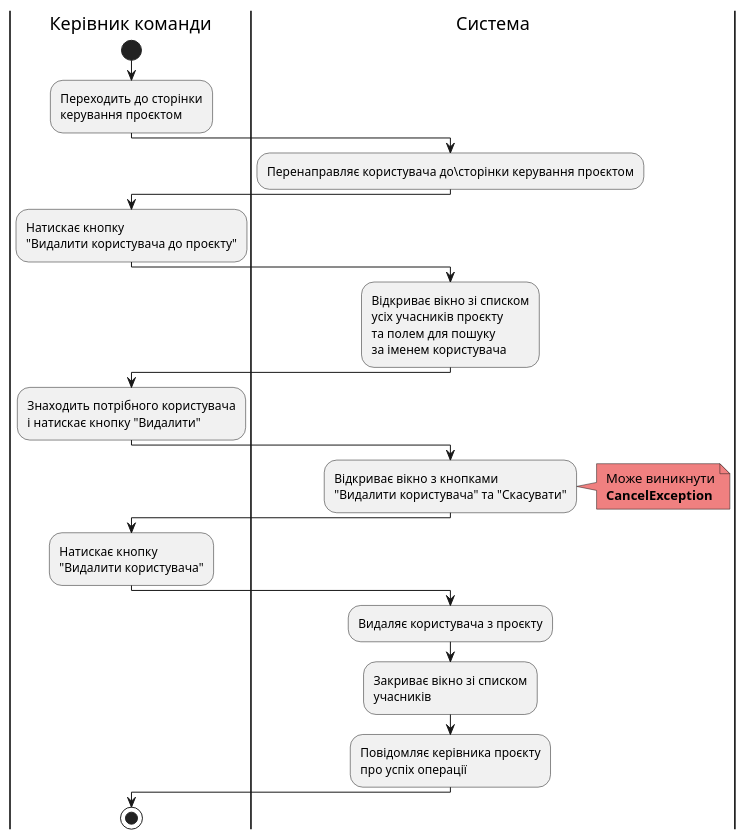
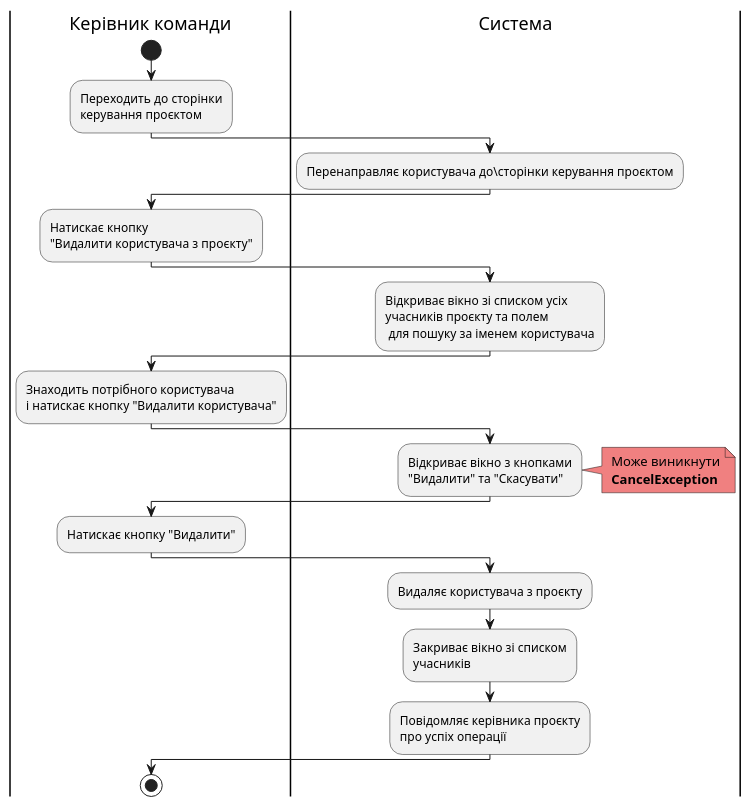
One commit to samoilenkomariia/db-coursework changed diagram 13 of 23 in docs/use cases/README.md. Above: the diagram before and after it, drawn with PlantUML. The commit also changed other lines of this file, not shown here.

```diff
--- a/docs/use cases/README.md
+++ b/docs/use cases/README.md
@@ -558,38 +558,38 @@
 @startuml
 
      |Керівник команди|
      start;
    
      :Переходить до сторінки\nкерування проєктом;
    
      |Система|
      :Перенаправляє користувача до\сторінки керування проєктом;
    
      |Керівник команди|
-     :Натискає кнопку\n"Видалити користувача до проєкту";
+     :Натискає кнопку\n"Видалити користувача з проєкту";
    
      |Система|
-     :Відкриває вікно зі списком\nусіх учасників проєкту\nта полем для пошуку\nза іменем користувача;
+     :Відкриває вікно зі списком усіх\nучасників проєкту та полем\n для пошуку за іменем користувача;
    
      |Керівник команди|
-     :Знаходить потрібного користувача\nі натискає кнопку "Видалити";
+     :Знаходить потрібного користувача\nі натискає кнопку "Видалити користувача";
    
      |Система|
-     :Відкриває вікно з кнопками\n"Видалити користувача" та "Скасувати";
+     :Відкриває вікно з кнопками\n"Видалити" та "Скасувати";
      note right#lightcoral
           Може виникнути
          <b> CancelException
      end note
    
      |Керівник команди|
-     :Натискає кнопку\n"Видалити користувача";
+     :Натискає кнопку "Видалити";
    
      |Система|
      :Видаляє користувача з проєкту;
      :Закриває вікно зі списком\nучасників;
      :Повідомляє керівника проєкту\nпро успіх операції;
    
      |Керівник команди|
      stop
 
 @enduml
```
